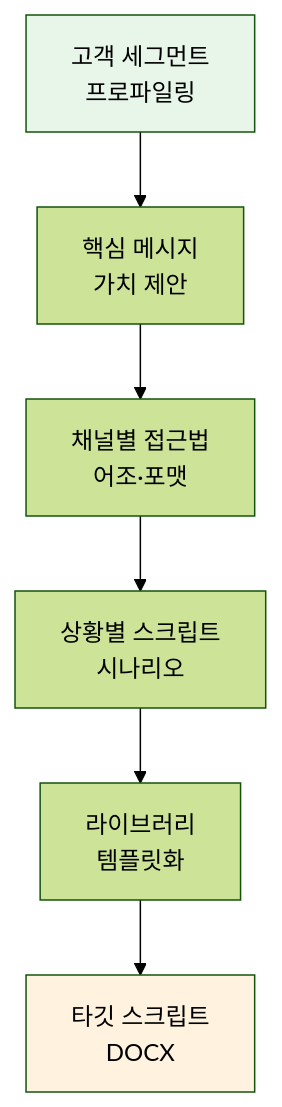
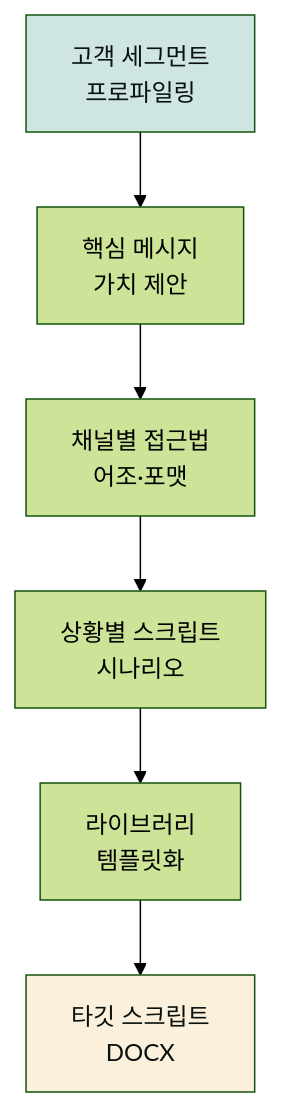
One commit to modu-ai/claude changed the diagram in content/plugins/moai-marketing.md. Above: the diagram before and after it, drawn with Mermaid (forest theme). The commit also changed 97 other files, not shown here.

First line of the commit message:
style(docs-site): mermaid 색상 브랜드 정합 + 라이트 테마 단일화

````diff
--- a/content/plugins/moai-marketing.md
+++ b/content/plugins/moai-marketing.md
@@ -124,11 +124,11 @@
 ```mermaid
 flowchart TD
   A[고객 세그먼트<br/>프로파일링] --> B[핵심 메시지<br/>가치 제안]
   B --> C[채널별 접근법<br/>어조·포맷]
   C --> D[상황별 스크립트<br/>시나리오]
   D --> E[라이브러리<br/>템플릿화]
   E --> F[타깃 스크립트<br/>DOCX]
 
-  style A fill:#e8f5e9
-  style F fill:#fff3e0
+  style A fill:#cfe5e2,color:#09110f
+  style F fill:#fbf0dc,color:#09110f
 ```
````
